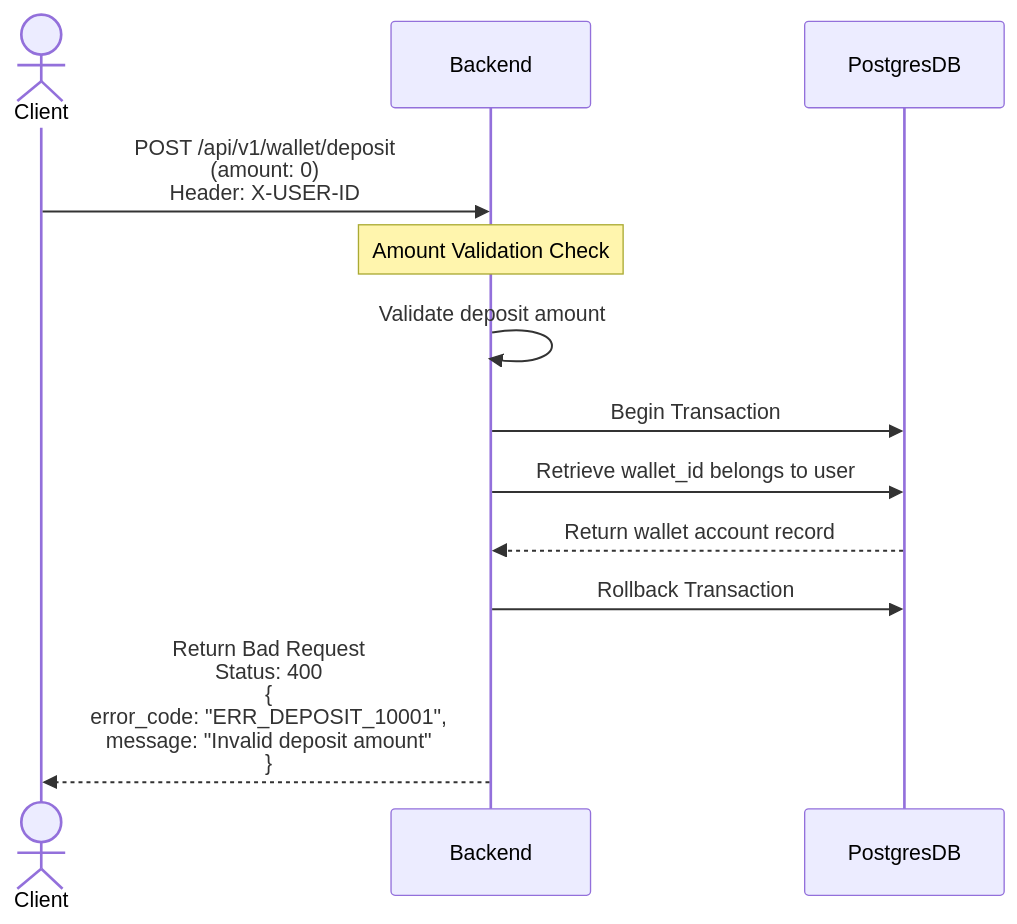
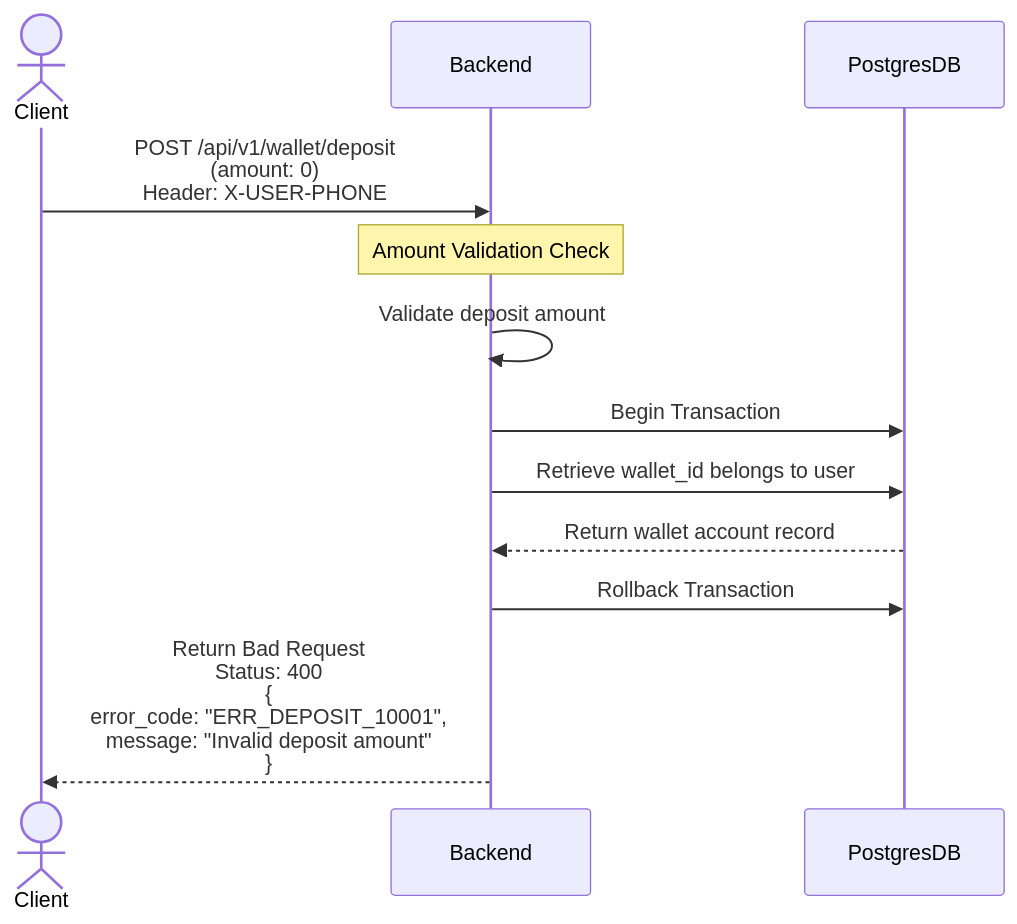
One commit to leeliwei930/walletassignment changed the second of 2 diagrams in docs/scenarios/deposit_money.md. Above: the diagram before and after it, drawn with Mermaid. The commit also changed 23 other files, not shown here.

Commit message:
Integrate localization and validation features; add support for 'X-USER-PHONE' header in authentication middleware, implement locale initialization, and enhance validation error handling with custom messages.

````diff
--- a/docs/scenarios/deposit_money.md
+++ b/docs/scenarios/deposit_money.md
@@ -27,15 +27,15 @@
 ```mermaid
 sequenceDiagram
     actor Client
     participant Backend
     participant PostgresDB
 
-    Client->>Backend: POST /api/v1/wallet/deposit<br/>(amount: 0)<br/>Header: X-USER-ID
+    Client->>Backend: POST /api/v1/wallet/deposit<br/>(amount: 0)<br/>Header: X-USER-PHONE
     Note over Backend: Amount Validation Check
 	Backend->>Backend: Validate deposit amount
     Backend->>PostgresDB: Begin Transaction
     Backend->>PostgresDB: Retrieve wallet_id belongs to user
     PostgresDB-->>Backend: Return wallet account record
     Backend->>PostgresDB: Rollback Transaction
     Backend-->>Client: Return Bad Request<br/>Status: 400<br/>{<br/>error_code: "ERR_DEPOSIT_10001",<br/>message: "Invalid deposit amount"<br/>}
 ```
````
